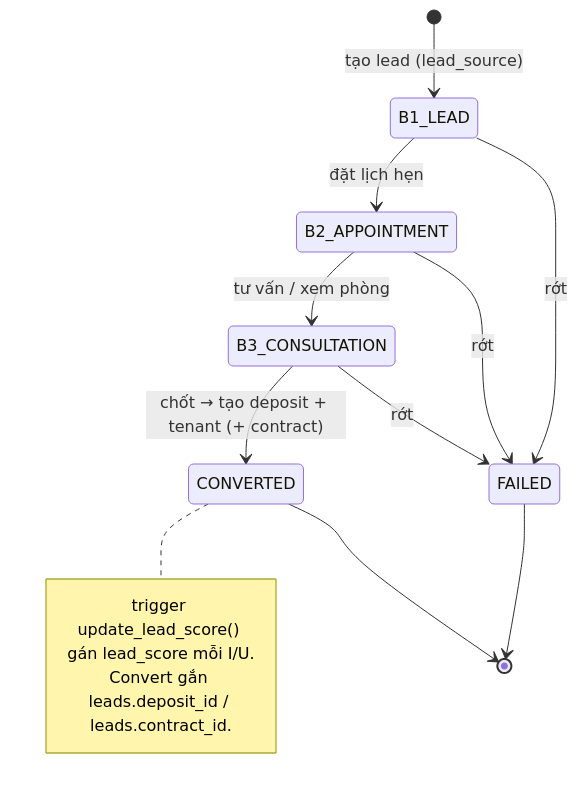
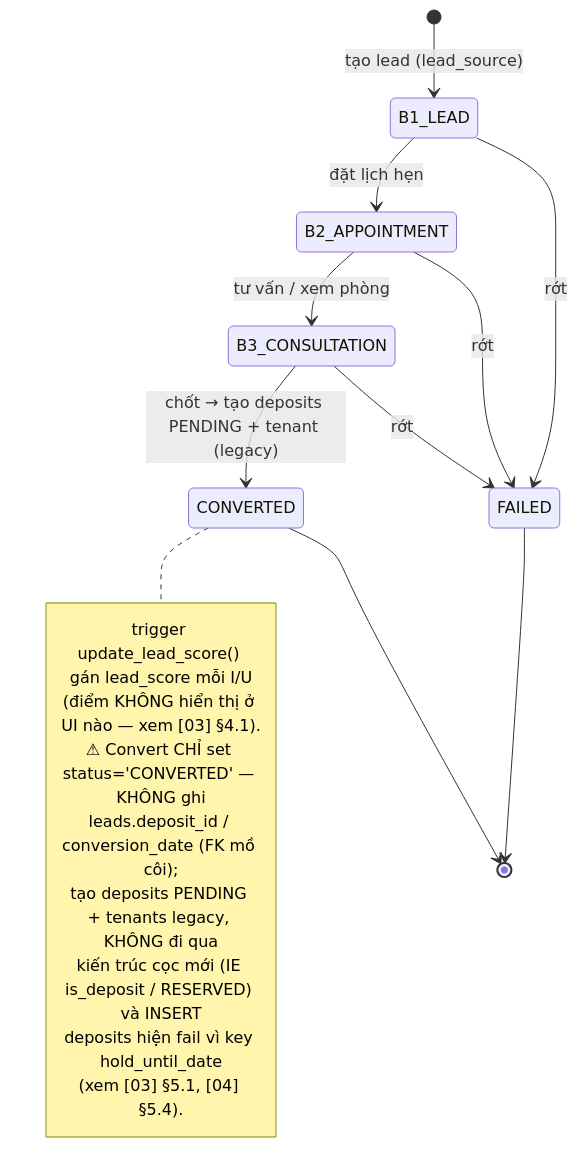
One commit to zxGreenxz/whiteboard-ihomecrm changed the seventh of 7 diagrams in docs/he-thong/99-quy-trinh-tong.md. Above: the diagram before and after it, drawn with Mermaid. The commit also changed other lines of this file and 17 other files, not shown here.

````diff
--- a/docs/he-thong/99-quy-trinh-tong.md
+++ b/docs/he-thong/99-quy-trinh-tong.md
@@ -339,16 +374,22 @@
 ```mermaid
 stateDiagram-v2
     [*] --> B1_LEAD: tạo lead (lead_source)
     B1_LEAD --> B2_APPOINTMENT: đặt lịch hẹn
     B2_APPOINTMENT --> B3_CONSULTATION: tư vấn / xem phòng
-    B3_CONSULTATION --> CONVERTED: chốt → tạo deposit + tenant (+ contract)
+    B3_CONSULTATION --> CONVERTED: chốt → tạo deposits PENDING + tenant (legacy)
     B1_LEAD --> FAILED: rớt
     B2_APPOINTMENT --> FAILED: rớt
     B3_CONSULTATION --> FAILED: rớt
     note right of CONVERTED
-        trigger update_lead_score() gán lead_score mỗi I/U.
-        Convert gắn leads.deposit_id / leads.contract_id.
+        trigger update_lead_score() gán lead_score mỗi I/U
+        (điểm KHÔNG hiển thị ở UI nào — xem [03] §4.1).
+        ⚠ Convert CHỈ set status='CONVERTED' — KHÔNG ghi
+        leads.deposit_id / conversion_date (FK mồ côi);
+        tạo deposits PENDING + tenants legacy, KHÔNG đi qua
+        kiến trúc cọc mới (IE is_deposit / RESERVED) và INSERT
+        deposits hiện fail vì key hold_until_date
+        (xem [03] §5.1, [04] §5.4).
     end note
     CONVERTED --> [*]
     FAILED --> [*]
 ```
````
